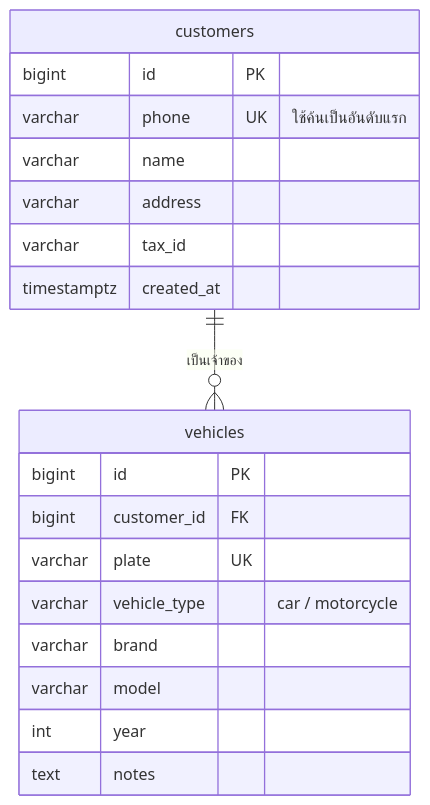
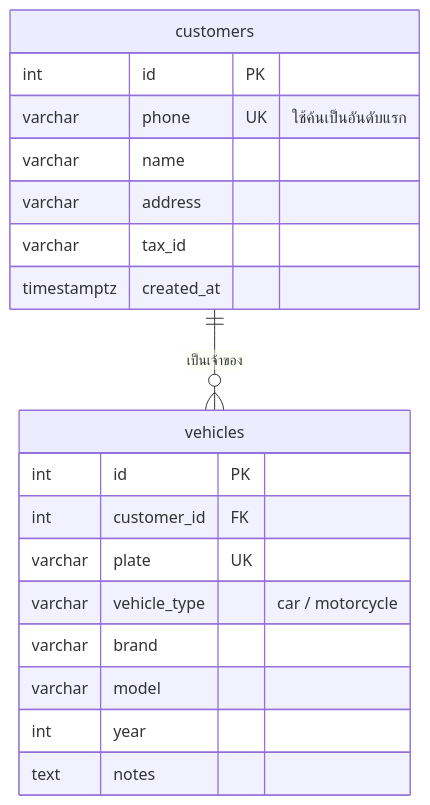
Before and after one commit to kaewjamsai0193/Garage_Final_Project: the third of 8 diagrams in data_model.md, drawn with Mermaid. The commit also changed other lines of this file and 3 other files, not shown here.

````diff
--- a/data_model.md
+++ b/data_model.md
@@ -63,24 +63,24 @@
 ```mermaid
 erDiagram
     customers ||--o{ vehicles : "เป็นเจ้าของ"
 
     customers {
-        bigint id PK
+        int id PK
         varchar phone UK "ใช้ค้นเป็นอันดับแรก"
         varchar name
         varchar address
         varchar tax_id
         timestamptz created_at
     }
 
     vehicles {
-        bigint id PK
-        bigint customer_id FK
+        int id PK
+        int customer_id FK
         varchar plate UK
         varchar vehicle_type "car / motorcycle"
         varchar brand
         varchar model
         int year
         text notes
     }
 ```
````
